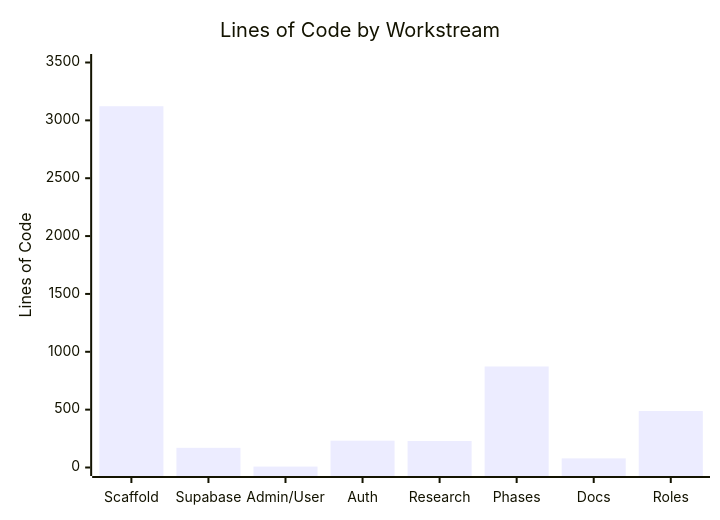
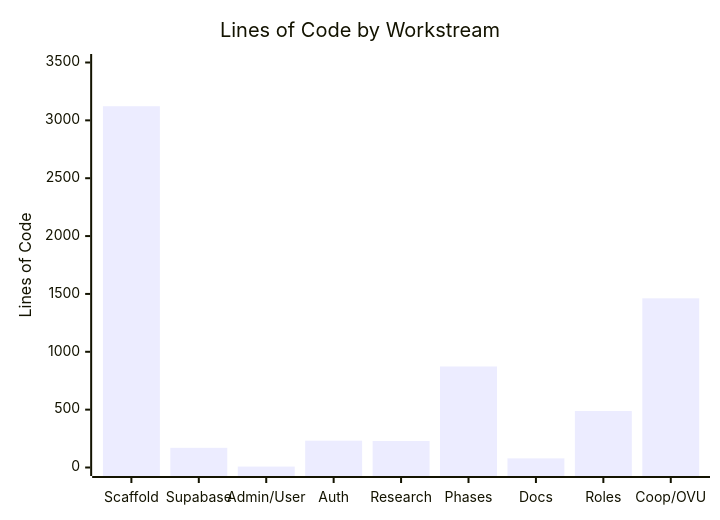
One commit to roger64s/CodeWithKris changed the second of 2 diagrams in docs/PROJECT_SUMMARY.md. Above: the diagram before and after it, drawn with Mermaid. The commit also changed other lines of this file and 9 other files, not shown here.

````diff
--- a/docs/PROJECT_SUMMARY.md
+++ b/docs/PROJECT_SUMMARY.md
@@ -32,7 +32,7 @@
 ```mermaid
 xychart-beta
     title "Lines of Code by Workstream"
-    x-axis ["Scaffold", "Supabase", "Admin/User", "Auth", "Research", "Phases", "Docs", "Roles"]
+    x-axis ["Scaffold", "Supabase", "Admin/User", "Auth", "Research", "Phases", "Docs", "Roles", "Coop/OVU"]
     y-axis "Lines of Code" 0 --> 3500
-    bar [3122, 170, 8, 232, 229, 873, 79, 488]
+    bar [3122, 170, 8, 232, 229, 873, 79, 488, 1462]
 ```
````
